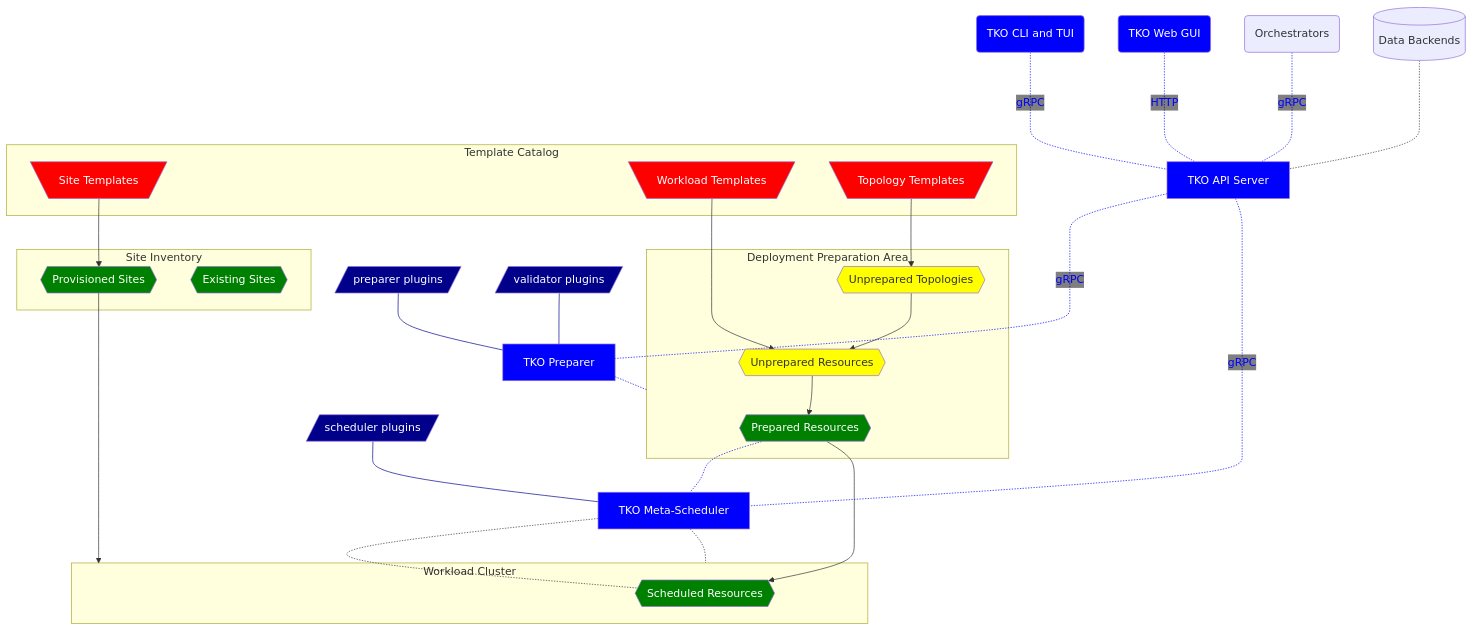
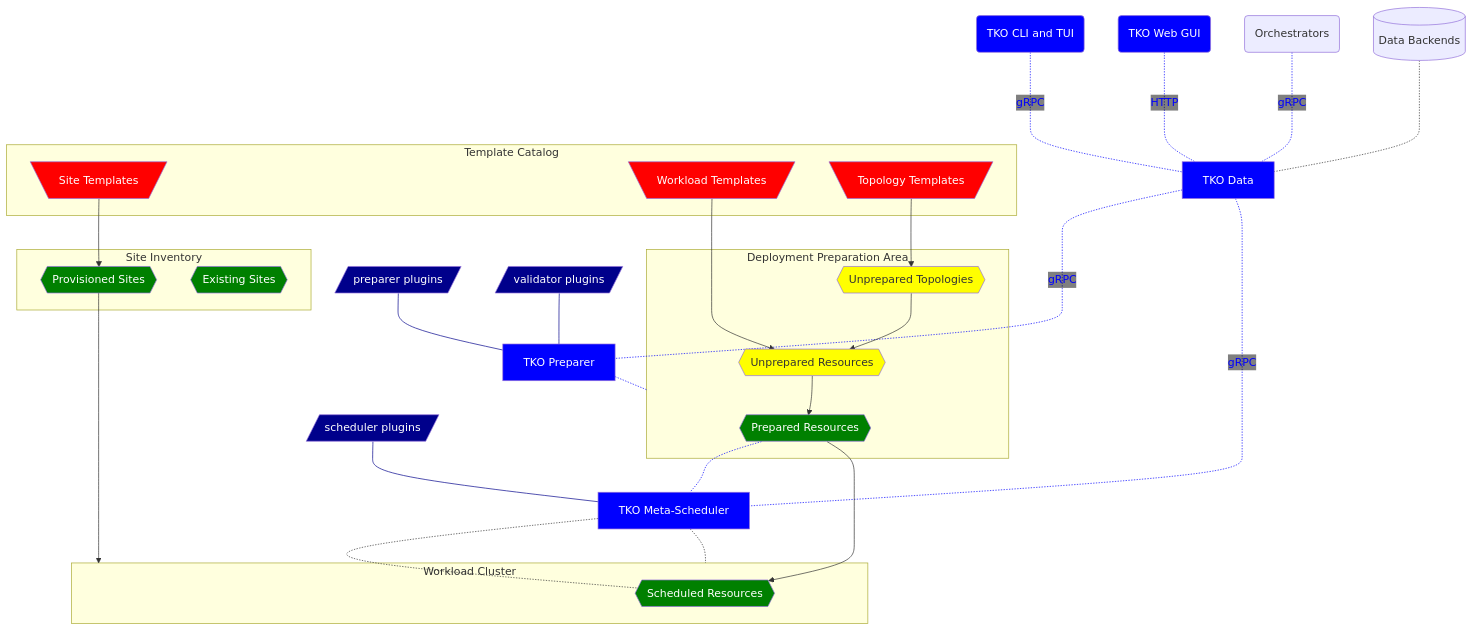
Before and after one commit to nephio-experimental/tko: the diagram in README.md, drawn with Mermaid. The commit also changed other lines of this file and 72 other files, not shown here.

First line of the commit message:
Rename tko-api to tko-data

````diff
--- a/README.md
+++ b/README.md
@@ -86,79 +86,79 @@
 ```mermaid
 %%{init: {'themeVariables': { 'edgeLabelBackground': 'transparent'}}}%%
 flowchart TD
-    D[(Data Backends)]
+    DB[(Data Backends)]
 
     C(TKO CLI and TUI)
     W(TKO Web GUI)
     O(Orchestrators)
 
-    A[TKO API Server]
+    D[TKO Data]
     P[TKO Preparer]
     MS[TKO Meta-Scheduler]
 
     PP[/preparer plugins/]
     VP[/validator plugins/]
     SP[/scheduler plugins/]
 
-    C-. gRPC ..-A
-    W-. HTTP ..-A
-    O-. gRPC ..-A
-    A-. gRPC ..- P
-    A-. gRPC ..-MS
+    C-. gRPC ..-D
+    W-. HTTP ..-D
+    O-. gRPC ..-D
+    D-. gRPC ..- P
+    D-. gRPC ..-MS
 
-    D-..-A
+    DB-..-D
 
     PP---P
     VP---P
     SP---MS
 
     P-.-DPA
     PR-.-MS
     MS-.-WC
     MS-.-SR
 
     subgraph TC [Template Catalog]
         ST[\Site Templates/]
         WT[\Workload Templates/]
         TT[\Topology Templates/]
     end
 
     subgraph SI [Site Inventory]
         PS{{Provisioned Sites}}
         ES{{Existing Sites}}
     end
 
     subgraph DPA [Deployment Preparation Area]
         UT{{Unprepared Topologies}}
         UR{{Unprepared Resources}}
         PR{{Prepared Resources}}
     end
 
     subgraph WC [Workload Cluster]
         SR{{Scheduled Resources}}
     end
 
     TT-->UT-->UR-->PR-->SR
     WT-->UR
     ST-->PS-->WC
 
-    style A fill:blue,color:white
+    style D fill:blue,color:white
     style C fill:blue,color:white
     style W fill:blue,color:white
     style P fill:blue,color:white
     style PP fill:darkblue,color:white
     style VP fill:darkblue,color:white
     style MS fill:blue,color:white
     style SP fill:darkblue,color:white
     style ST fill:red,color:white
     style TT fill:red,color:white
     style WT fill:red,color:white
     style UT fill:yellow
     style UR fill:yellow
     style PR fill:green,color:white
     style SR fill:green,color:white
     style PS fill:green,color:white
     style ES fill:green,color:white
     linkStyle 0,1,2,3,4,9,10 stroke:blue,color:blue
     linkStyle 6,7,8 stroke:darkblue,color:darkblue
 ```
````
